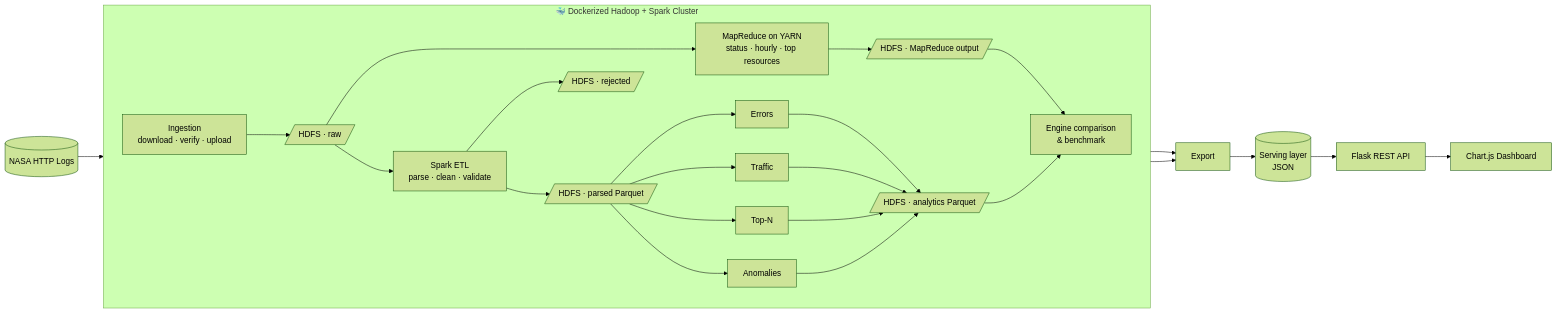
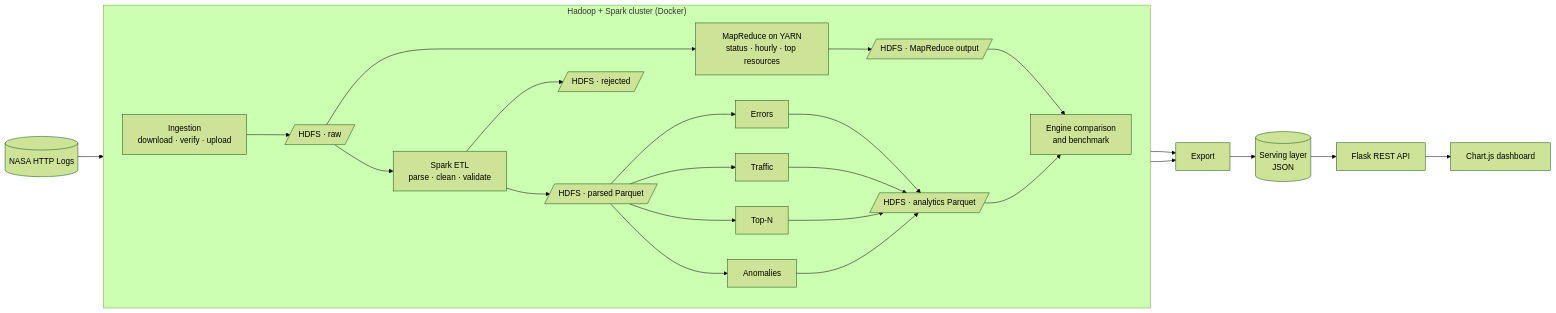
Before and after one commit to Madhav064/Log-File-Analysis-System: the diagram in README.md, drawn with Mermaid (forest theme). The commit also changed other lines of this file, not shown here.

````diff
--- a/README.md
+++ b/README.md
@@ -72,29 +83,29 @@
 ```mermaid
 flowchart LR
     DS[(NASA HTTP Logs)] --> ING[Ingestion<br/>download · verify · upload]
 
-    subgraph CLUSTER["🐳 Dockerized Hadoop + Spark Cluster"]
+    subgraph CLUSTER["Hadoop + Spark cluster (Docker)"]
         direction LR
         ING --> RAW[/HDFS · raw/]
 
         RAW --> ETL[Spark ETL<br/>parse · clean · validate]
         ETL --> PARSED[/HDFS · parsed Parquet/]
         ETL --> REJ[/HDFS · rejected/]
 
         PARSED --> A1[Errors]
         PARSED --> A2[Traffic]
         PARSED --> A3[Top-N]
         PARSED --> A4[Anomalies]
         A1 & A2 & A3 & A4 --> GOLD[/HDFS · analytics Parquet/]
 
         RAW --> MR[MapReduce on YARN<br/>status · hourly · top resources]
         MR --> MRO[/HDFS · MapReduce output/]
-        MRO & GOLD --> CMP[Engine comparison<br/>& benchmark]
+        MRO & GOLD --> CMP[Engine comparison<br/>and benchmark]
     end
 
     GOLD --> EXP[Export]
     CMP --> EXP
     EXP --> SRV[(Serving layer<br/>JSON)]
     SRV --> API[Flask REST API]
-    API --> UI[Chart.js Dashboard]
+    API --> UI[Chart.js dashboard]
 ```
````
